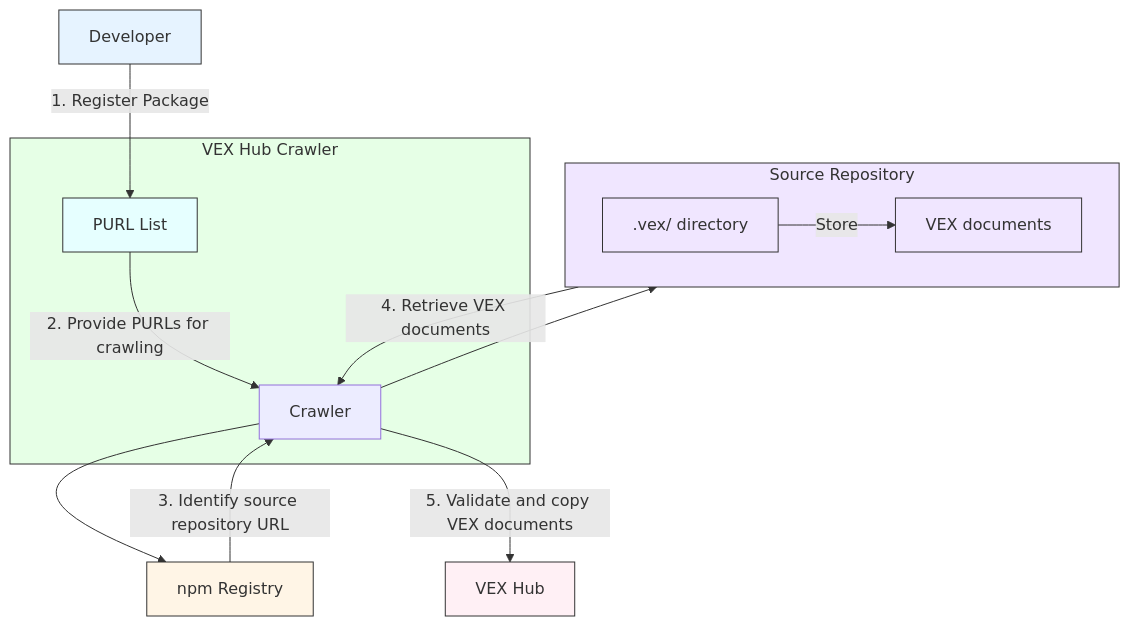
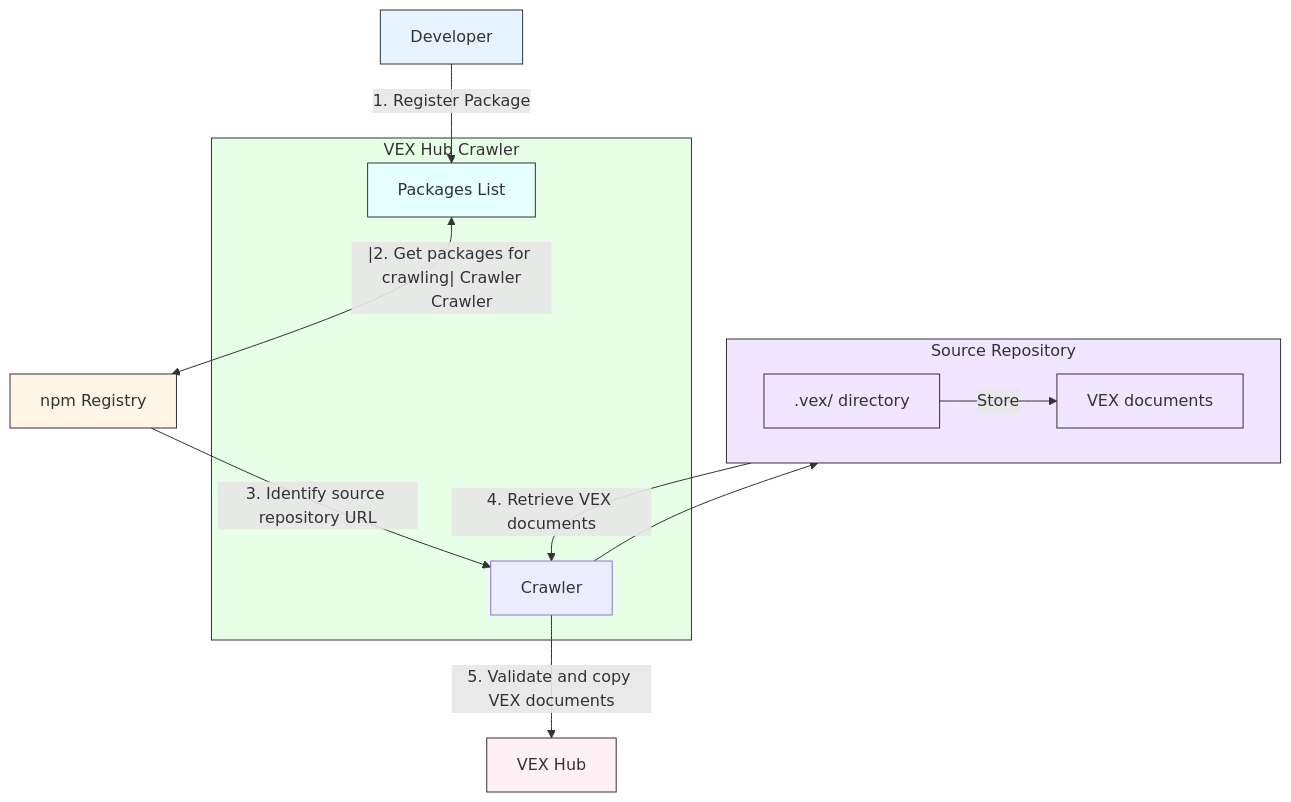
One commit to aquasecurity/vexhub-crawler changed the diagram in README.md. Above: the diagram before and after it, drawn with Mermaid.

````diff
--- a/README.md
+++ b/README.md
@@ -12,33 +12,33 @@
 ```mermaid
 flowchart TD
     Dev[Developer] -->|1. Register Package| PL
-    PL[PURL List] -->|2. Provide PURLs for crawling| Crawler
+    PL[Packages List] <--|2. Get packages for crawling| Crawler
     Crawler --> Registry[npm Registry]
     Registry -->|3. Identify source repository URL| Crawler
     Crawler --> Src
     Src -->|4. Retrieve VEX documents| Crawler
     Crawler -->|5. Validate and copy VEX documents| Hub[VEX Hub]
 
     subgraph Src [Source Repository]
         Dir[.vex/ directory] -->|Store| Doc[VEX documents]
     end
 
     subgraph crawler [VEX Hub Crawler]
         Crawler
         PL
     end
 
     classDef dev fill:#e6f3ff,stroke:#333,stroke-width:1px;
     classDef vexHub fill:#fff0f5,stroke:#333,stroke-width:1px;
     classDef crawler fill:#e6ffe6,stroke:#333,stroke-width:1px;
     classDef npmReg fill:#fff5e6,stroke:#333,stroke-width:1px;
     classDef sourceRepo fill:#f0e6ff,stroke:#333,stroke-width:1px;
     classDef purlList fill:#e6ffff,stroke:#333,stroke-width:1px;
 
     class Dev dev;
     class Hub vexHub;
     class crawler crawler;
     class Registry npmReg;
     class Src,Dir,Doc sourceRepo;
     class PL purlList;
 ```
````
